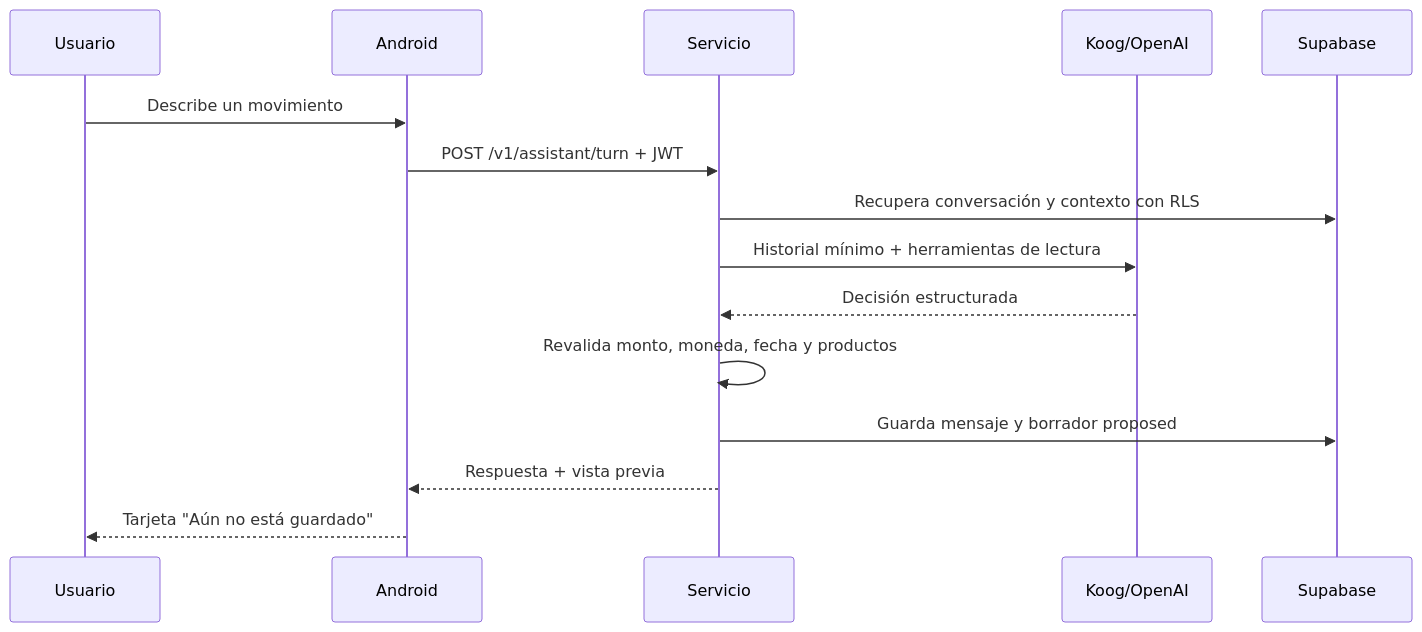
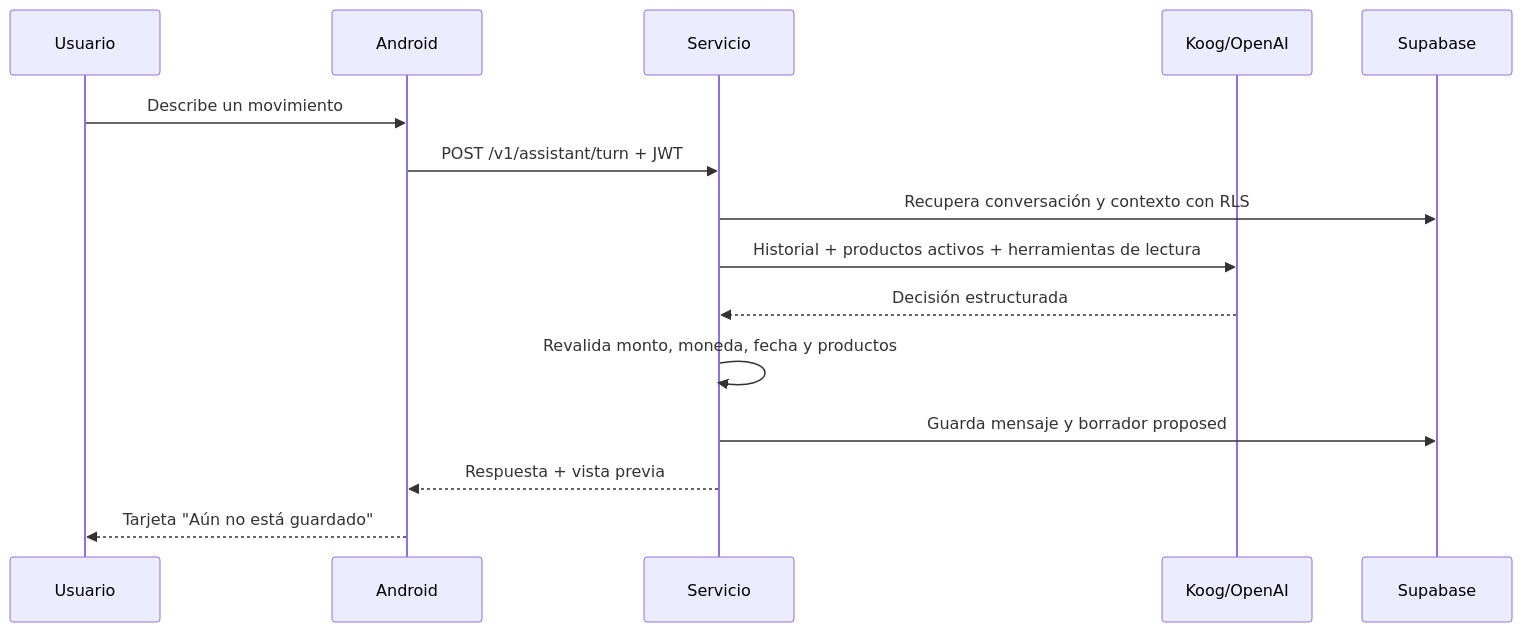
One commit to Sebastian-jimenez30/PocketMind changed the diagram in docs/ASISTENTE_CHAT_TEXTO.md. Above: the diagram before and after it, drawn with Mermaid. The commit also changed other lines of this file and 17 other files, not shown here.

````diff
--- a/docs/ASISTENTE_CHAT_TEXTO.md
+++ b/docs/ASISTENTE_CHAT_TEXTO.md
@@ -28,18 +39,18 @@
 ```mermaid
 sequenceDiagram
     participant U as Usuario
     participant A as Android
     participant S as Servicio
     participant K as Koog/OpenAI
     participant DB as Supabase
 
     U->>A: Describe un movimiento
     A->>S: POST /v1/assistant/turn + JWT
     S->>DB: Recupera conversación y contexto con RLS
-    S->>K: Historial mínimo + herramientas de lectura
+    S->>K: Historial + productos activos + herramientas de lectura
     K-->>S: Decisión estructurada
     S->>S: Revalida monto, moneda, fecha y productos
     S->>DB: Guarda mensaje y borrador proposed
     S-->>A: Respuesta + vista previa
     A-->>U: Tarjeta "Aún no está guardado"
 ```
````
